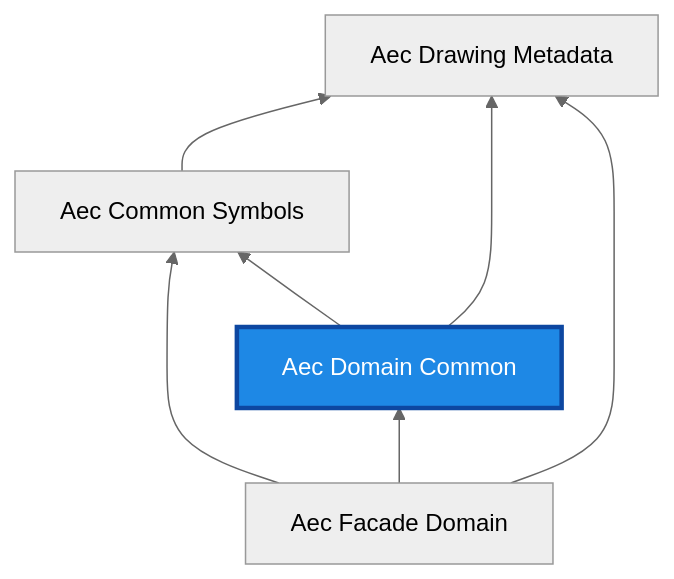
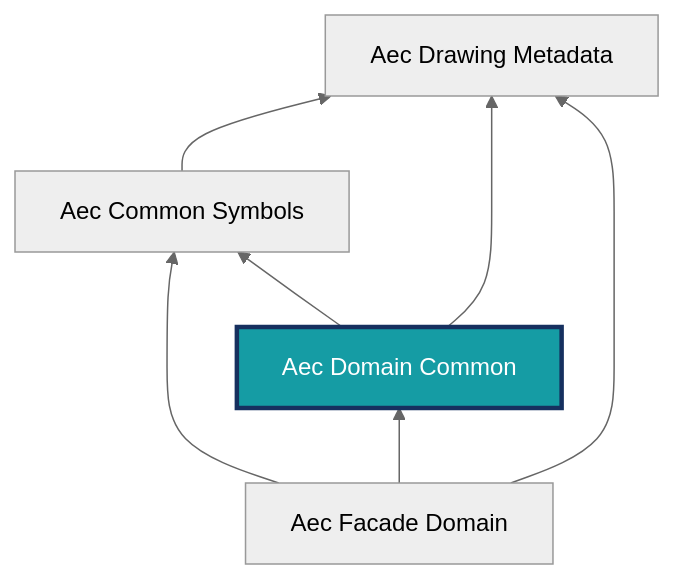
Before and after one commit to BuroHappoldMachineLearning/ADIRO: the diagram in docs/ontologies/aec_domain_common.md, drawn with Mermaid (neutral theme). The commit also changed 7 other files, not shown here.

````diff
--- a/docs/ontologies/aec_domain_common.md
+++ b/docs/ontologies/aec_domain_common.md
@@ -17,15 +17,15 @@
 ```mermaid
 graph BT
     aec_drawing_metadata["Aec Drawing Metadata"]
     aec_common_symbols["Aec Common Symbols"]
     aec_domain_common["Aec Domain Common"]
     aec_facade_domain["Aec Facade Domain"]
     aec_common_symbols --> aec_drawing_metadata
     aec_domain_common --> aec_common_symbols
     aec_domain_common --> aec_drawing_metadata
     aec_facade_domain --> aec_common_symbols
     aec_facade_domain --> aec_domain_common
     aec_facade_domain --> aec_drawing_metadata
-    classDef highlight fill:#1e88e5,stroke:#0d47a1,stroke-width:3px,color:#ffffff;
+    classDef highlight fill:#159ca4,stroke:#16305f,stroke-width:3px,color:#ffffff;
     class aec_domain_common highlight;
 ```
````
